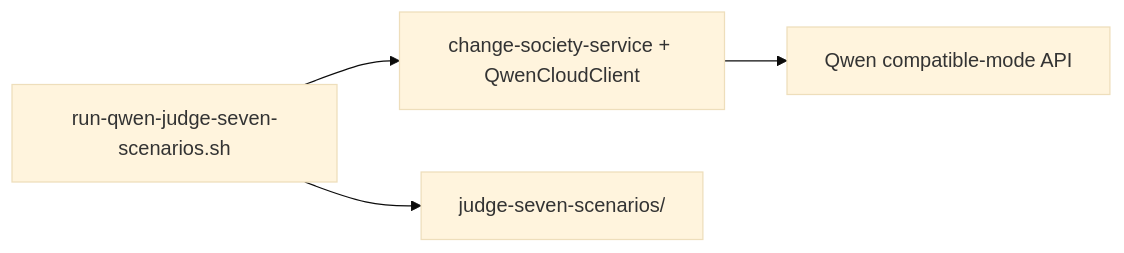
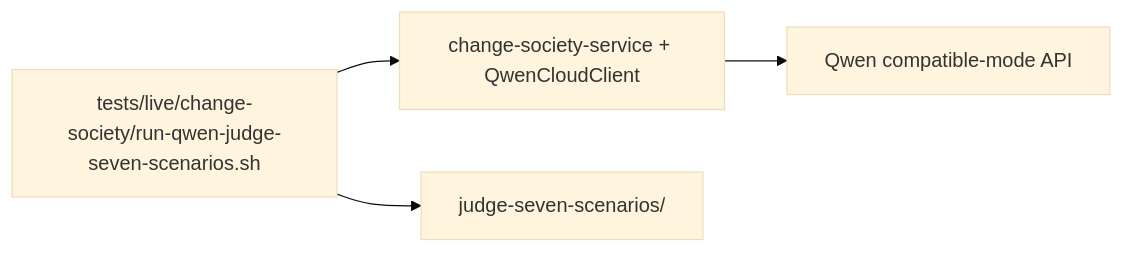
Before and after one commit to Sepideh-Asadollahi/AgentCore-Hackathon: the diagram in docs/28-judge-seven-scenario-live-qwen-smoke.md, drawn with Mermaid (base theme). The commit also changed other lines of this file and 60 other files, not shown here.

````diff
--- a/docs/28-judge-seven-scenario-live-qwen-smoke.md
+++ b/docs/28-judge-seven-scenario-live-qwen-smoke.md
@@ -17,11 +17,11 @@
 ```mermaid
 flowchart LR
-  SH[run-qwen-judge-seven-scenarios.sh]
+  SH[tests/live/change-society/run-qwen-judge-seven-scenarios.sh]
   API[change-society-service + QwenCloudClient]
   QW[Qwen compatible-mode API]
   EV[judge-seven-scenarios/]
 
   SH --> API
   API --> QW
   SH --> EV
 ```
````
